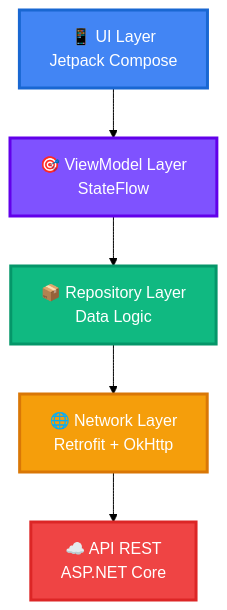
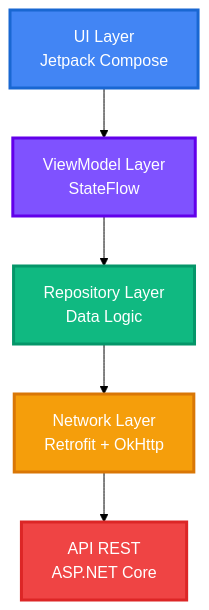
One commit to Wcano74/App-Estudiantes changed the diagram in README.md. Above: the diagram before and after it, drawn with Mermaid (forest theme). The commit also changed other lines of this file, not shown here.

````diff
--- a/README.md
+++ b/README.md
@@ -182,13 +182,13 @@
 ```mermaid
 graph TD
-    A[📱 UI Layer<br/>Jetpack Compose] --> B[🎯 ViewModel Layer<br/>StateFlow]
-    B --> C[📦 Repository Layer<br/>Data Logic]
-    C --> D[🌐 Network Layer<br/>Retrofit + OkHttp]
-    D --> E[☁️ API REST<br/>ASP.NET Core]
+    A[ UI Layer<br/>Jetpack Compose] --> B[ ViewModel Layer<br/>StateFlow]
+    B --> C[ Repository Layer<br/>Data Logic]
+    C --> D[ Network Layer<br/>Retrofit + OkHttp]
+    D --> E[ API REST<br/>ASP.NET Core]
     
     style A fill:#4285F4,stroke:#1967D2,stroke-width:3px,color:#fff
     style B fill:#7F52FF,stroke:#6200EA,stroke-width:3px,color:#fff
     style C fill:#10B981,stroke:#059669,stroke-width:3px,color:#fff
     style D fill:#F59E0B,stroke:#D97706,stroke-width:3px,color:#fff
     style E fill:#EF4444,stroke:#DC2626,stroke-width:3px,color:#fff
 ```
````
